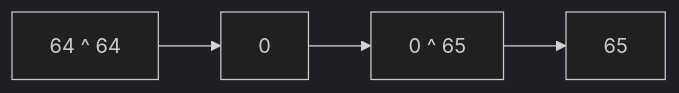
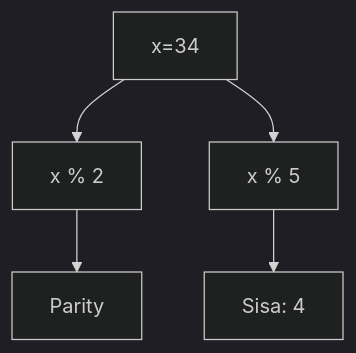
One commit to amnahwaida/OSNK_INF_PREP changed the sixth of 25 diagrams in part-c-pemahaman-cpp/06-bitwise/latihan/set-10.md. Above: the diagram before and after it, drawn with Mermaid (dark theme). The commit also changed other lines of this file and 71 other files, not shown here.

````diff
--- a/part-c-pemahaman-cpp/06-bitwise/latihan/set-10.md
+++ b/part-c-pemahaman-cpp/06-bitwise/latihan/set-10.md
@@ -163,6 +174,7 @@
 ```mermaid
-graph LR
-    A["64 ^ 64"] --> B[0]
-    B --> C["0 ^ 65"]
-    C --> D["65"]
+graph TD
+A[x=34] --> B[x % 2]
+B --> C[Parity]
+A --> D[x % 5]
+D --> E[Sisa: 4]
 ```
````
